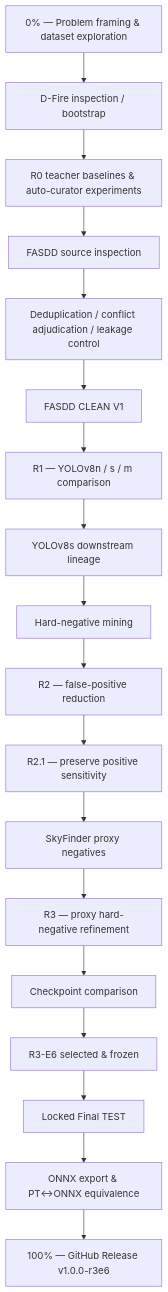
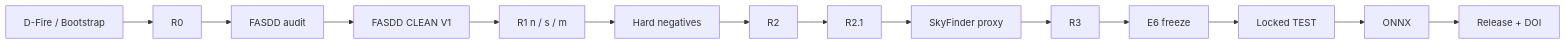
One commit to Supakorn289/fire-smoke-detection-r3e6 changed the diagram in README.md. Above: the diagram before and after it, drawn with Mermaid. The commit also changed other lines of this file and 3 other files, not shown here.

````diff
--- a/README.md
+++ b/README.md
@@ -85,20 +128,16 @@
 ```mermaid
-flowchart TD
-    A["0% — Problem framing & dataset exploration"] --> B["D-Fire inspection / bootstrap"]
-    B --> C["R0 teacher baselines & auto-curator experiments"]
-    C --> D["FASDD source inspection"]
-    D --> E["Deduplication / conflict adjudication / leakage control"]
-    E --> F["FASDD CLEAN V1"]
-    F --> G["R1 — YOLOv8n / s / m comparison"]
-    G --> H["YOLOv8s downstream lineage"]
-    H --> I["Hard-negative mining"]
-    I --> J["R2 — false-positive reduction"]
-    J --> K["R2.1 — preserve positive sensitivity"]
-    K --> L["SkyFinder proxy negatives"]
-    L --> M["R3 — proxy hard-negative refinement"]
-    M --> N["Checkpoint comparison"]
-    N --> O["R3-E6 selected & frozen"]
-    O --> P["Locked Final TEST"]
-    P --> Q["ONNX export & PT↔ONNX equivalence"]
-    Q --> R["100% — GitHub Release v1.0.0-r3e6"]
+flowchart LR
+    A["D-Fire / Bootstrap"] --> B["R0"]
+    B --> C["FASDD audit"]
+    C --> D["FASDD CLEAN V1"]
+    D --> E["R1 n / s / m"]
+    E --> F["Hard negatives"]
+    F --> G["R2"]
+    G --> H["R2.1"]
+    H --> I["SkyFinder proxy"]
+    I --> J["R3"]
+    J --> K["E6 freeze"]
+    K --> L["Locked TEST"]
+    L --> M["ONNX"]
+    M --> N["Release + DOI"]
 ```
````
